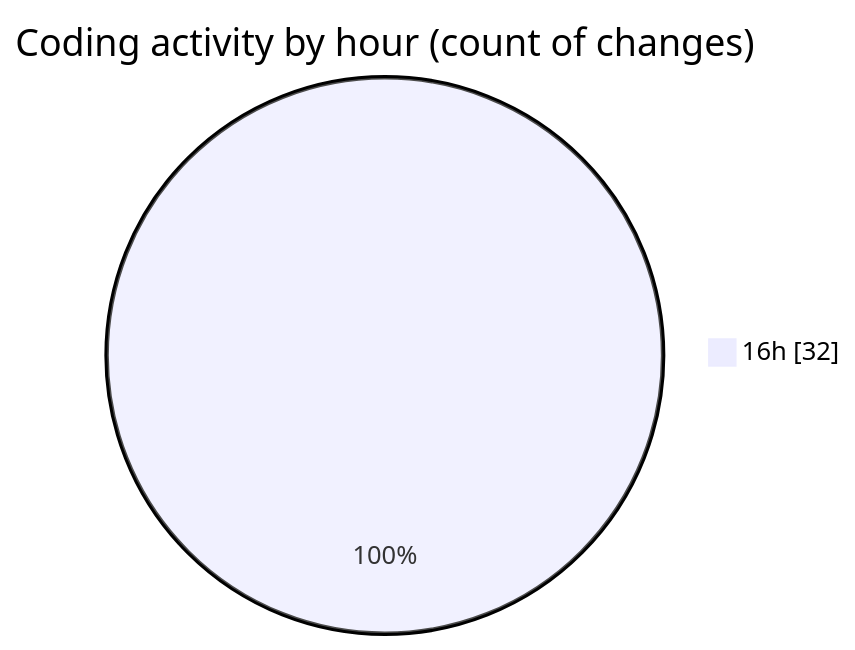
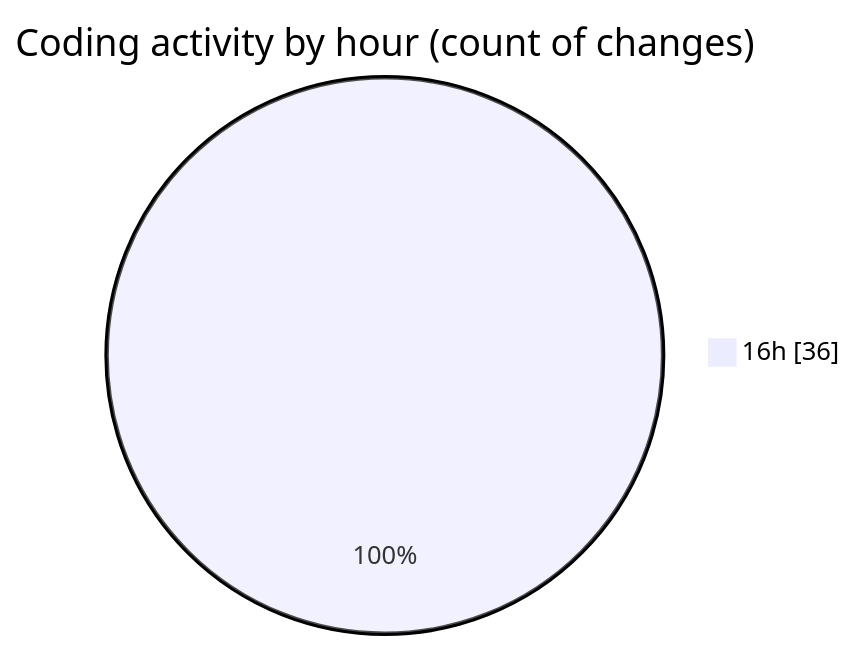
One commit to robertbonfada/code-tracking changed the second of 2 diagrams in 2025-03-11/mbc-web/README.md. Above: the diagram before and after it, drawn with Mermaid. The commit also changed other lines of this file and 1 other file, not shown here.

````diff
--- a/2025-03-11/mbc-web/README.md
+++ b/2025-03-11/mbc-web/README.md
@@ -32,5 +32,5 @@
 ```mermaid
 pie showData
 title Coding activity by hour (count of changes)
-"16h" : 32
+"16h" : 36
 ```
````
